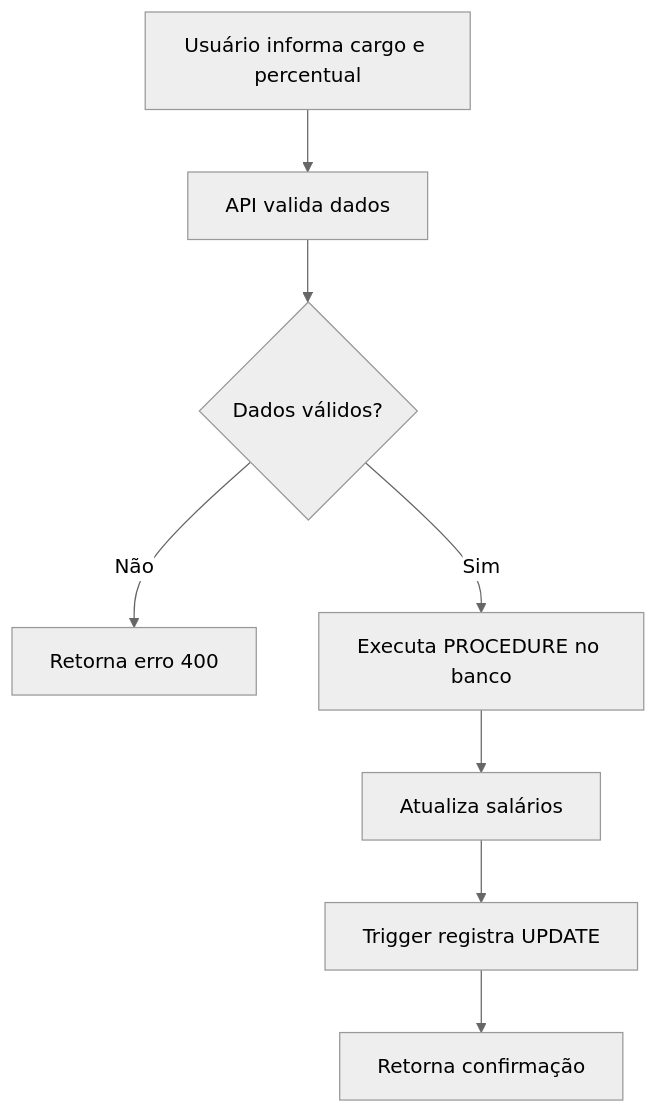
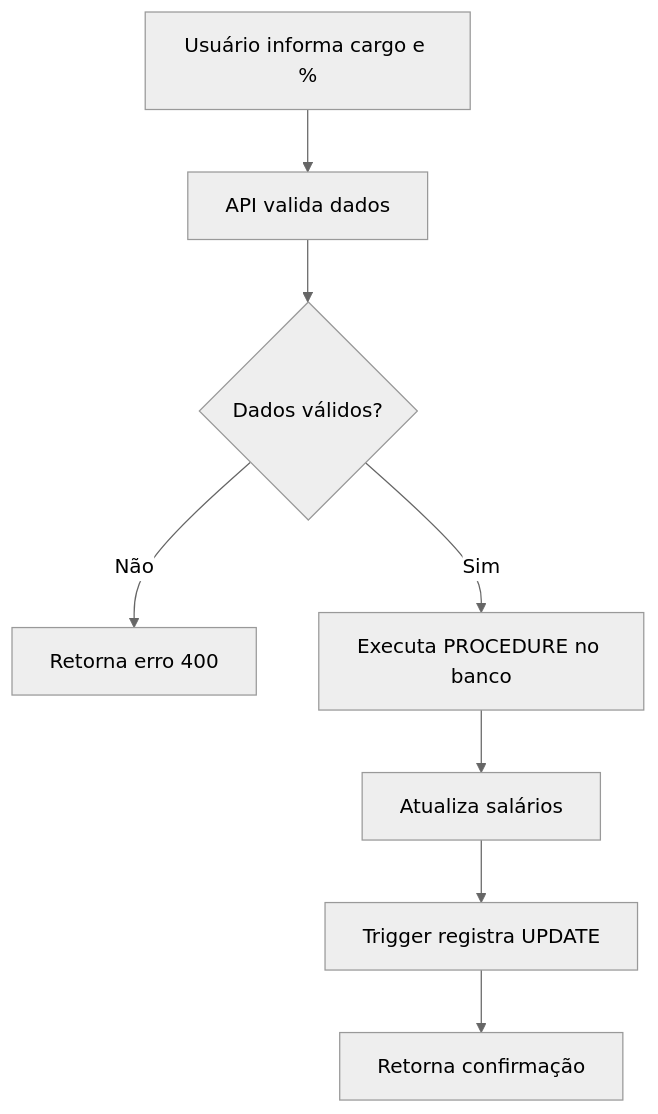
The seventh of 7 diagrams in fluxos.md (Fernanda135/sistema-rh), drawn with Mermaid before and after one commit. The commit also changed other lines of this file and 1 other file, not shown here.

````diff
--- a/fluxos.md
+++ b/fluxos.md
@@ -100,16 +100,16 @@
 ```mermaid
 %%{init: {"theme":"neutral"}}%%
 flowchart TD
-    A[Usuário informa cargo e percentual]
+    A[Usuário informa cargo e %]
     B[API valida dados]
     C{Dados válidos?}
     D[Retorna erro 400]
     E[Executa PROCEDURE no banco]
     F[Atualiza salários]
     G[Trigger registra UPDATE]
     H[Retorna confirmação]
 
     A --> B --> C
     C -- Não --> D
     C -- Sim --> E --> F --> G --> H
 ```
````
